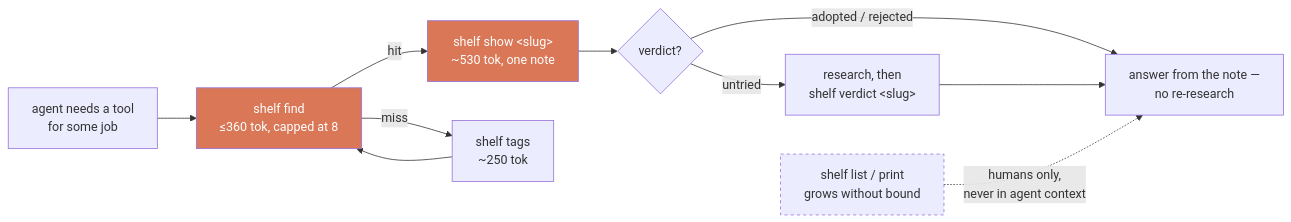
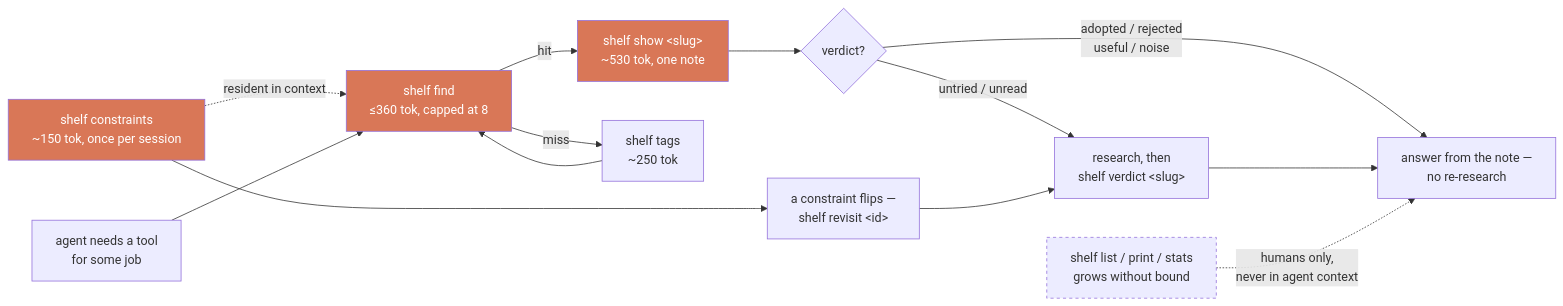
One commit to jhammant/shelf changed the diagram in README.md. Above: the diagram before and after it, drawn with Mermaid. The commit also changed other lines of this file and 6 other files, not shown here.

````diff
--- a/README.md
+++ b/README.md
@@ -57,17 +63,20 @@
 ```mermaid
 flowchart LR
+    C["shelf constraints<br/>~150 tok, once per session"] -.->|resident in context| F
     Q["agent needs a tool<br/>for some job"] --> F["shelf find<br/>≤360 tok, capped at 8"]
     F -->|hit| S["shelf show &lt;slug&gt;<br/>~530 tok, one note"]
     F -->|miss| T["shelf tags<br/>~250 tok"]
     T --> F
     S --> D{"verdict?"}
-    D -->|adopted / rejected| R["answer from the note —<br/>no re-research"]
-    D -->|untried| N["research, then<br/>shelf verdict &lt;slug&gt;"]
+    D -->|adopted / rejected<br/>useful / noise| R["answer from the note —<br/>no re-research"]
+    D -->|untried / unread| N["research, then<br/>shelf verdict &lt;slug&gt;"]
     N --> R
+    C --> V["a constraint flips —<br/>shelf revisit &lt;id&gt;"] --> N
 
-    L["shelf list / print<br/>grows without bound"] -.->|humans only,<br/>never in agent context| R
+    L["shelf list / print / stats<br/>grows without bound"] -.->|humans only,<br/>never in agent context| R
 
+    style C fill:#d97757,color:#fff
     style F fill:#d97757,color:#fff
     style S fill:#d97757,color:#fff
     style L stroke-dasharray: 4 4
 ```
````
